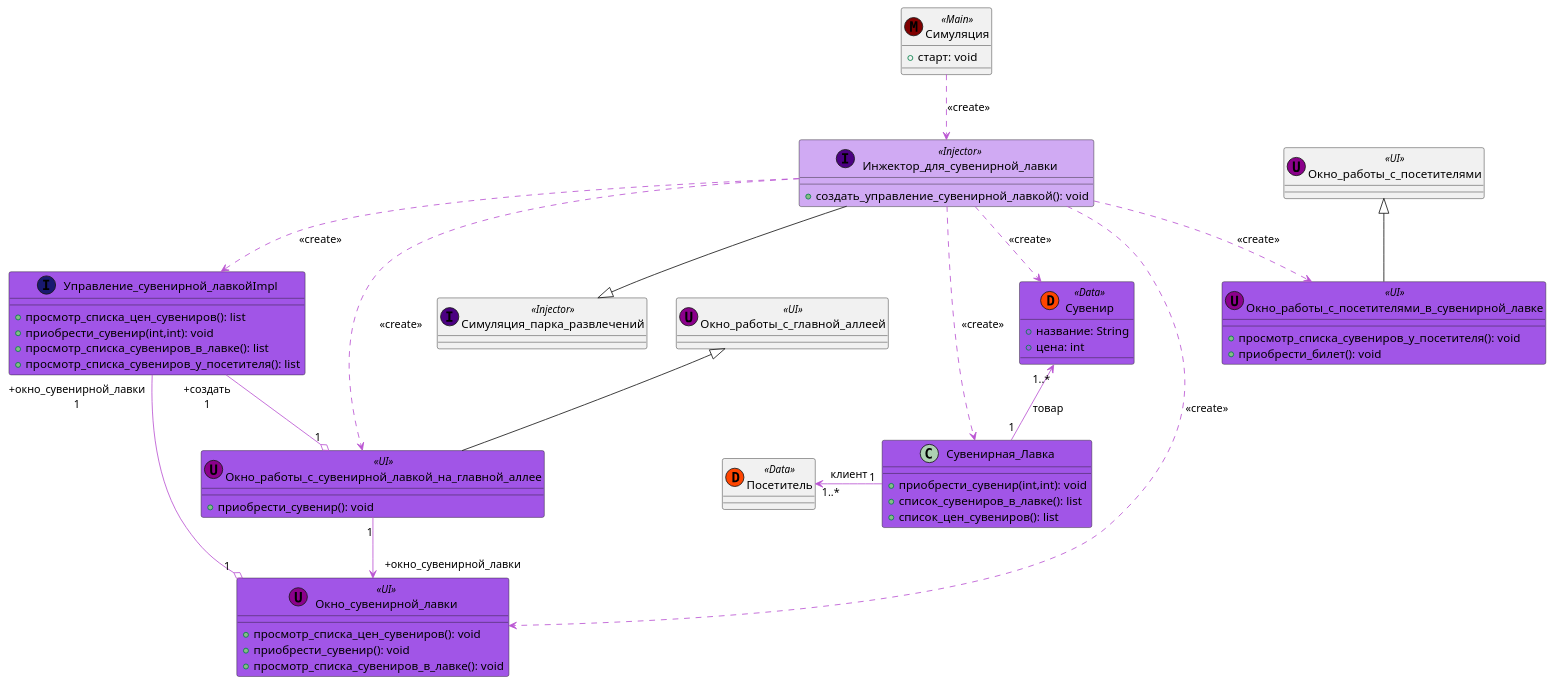
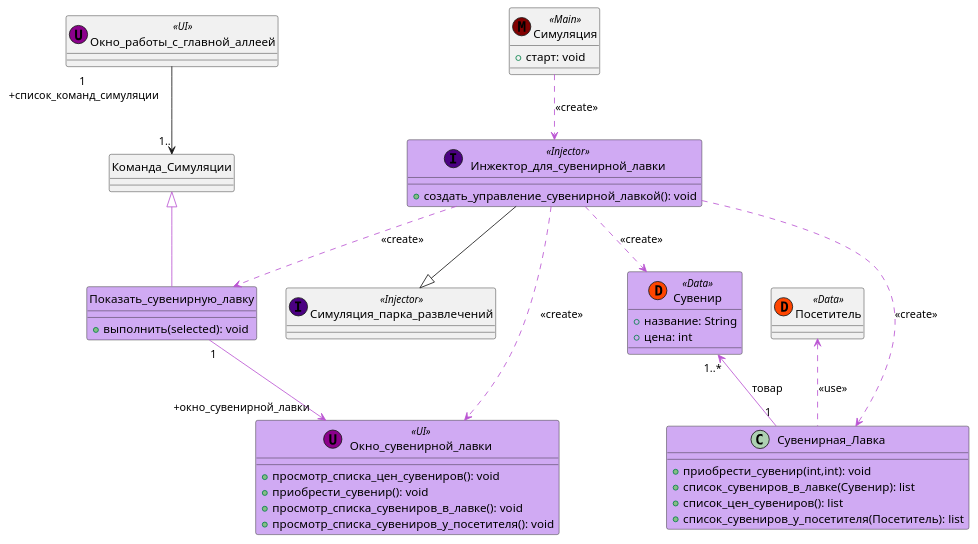
Before and after one commit to mzhirko/amusement-park: the diagram in description/diagrams/diagrams-ru/development-class/class-develop-souvenir-shop.wsd, drawn with PlantUML. The commit also changed 1 other file, not shown here.

Commit message:
Update souvenir shop diagram

```diff
--- a/description/diagrams/diagrams-ru/development-class/class-develop-souvenir-shop.wsd
+++ b/description/diagrams/diagrams-ru/development-class/class-develop-souvenir-shop.wsd
@@ -1,76 +1,64 @@
 @startuml
 Симуляция .[#MediumOrchid].> Инжектор_для_сувенирной_лавки: <<create>>
 Симуляция_парка_развлечений <|-up- Инжектор_для_сувенирной_лавки
-Инжектор_для_сувенирной_лавки .[#MediumOrchid].> Управление_сувенирной_лавкойImpl: <<create>>
 Инжектор_для_сувенирной_лавки .[#MediumOrchid].> Окно_сувенирной_лавки: <<create>>
 Инжектор_для_сувенирной_лавки .[#MediumOrchid].> Сувенирная_Лавка: <<create>>
 Инжектор_для_сувенирной_лавки .[#MediumOrchid].> Сувенир: <<create>>
 Сувенир "1..*" <-[#MediumOrchid]down- "1" Сувенирная_Лавка: товар
-Окно_работы_с_главной_аллеей <|-down- Окно_работы_с_сувенирной_лавкой_на_главной_аллее
-Окно_работы_с_сувенирной_лавкой_на_главной_аллее "1" -[#MediumOrchid]-> " +окно_сувенирной_лавки" Окно_сувенирной_лавки
-Управление_сувенирной_лавкойImpl " +окно_сувенирной_лавки\n 1" -[#MediumOrchid]-o "1" Окно_сувенирной_лавки
-Управление_сувенирной_лавкойImpl " +создать\n 1" -[#MediumOrchid]-o "1" Окно_работы_с_сувенирной_лавкой_на_главной_аллее
-Посетитель "1..*" <-[#MediumOrchid] "1" Сувенирная_Лавка: клиент
-Инжектор_для_сувенирной_лавки .[#MediumOrchid].> Окно_работы_с_посетителями_в_сувенирной_лавке: <<create>>
-Инжектор_для_сувенирной_лавки .[#MediumOrchid].> Окно_работы_с_сувенирной_лавкой_на_главной_аллее: <<create>>
-Окно_работы_с_посетителями <|-down- Окно_работы_с_посетителями_в_сувенирной_лавке
+Команда_Симуляции <|-[#MediumOrchid]down- Показать_сувенирную_лавку
+Окно_работы_с_главной_аллеей "1\n +список_команд_симуляции" -down-> "1.." Команда_Симуляции
+Показать_сувенирную_лавку "1" -[#MediumOrchid]-> " +окно_сувенирной_лавки" Окно_сувенирной_лавки
+Посетитель <.[#MediumOrchid]. Сувенирная_Лавка: <<use>>
+Инжектор_для_сувенирной_лавки .[#MediumOrchid].> Показать_сувенирную_лавку: <<create>>
 
 class Симуляция << (M,Maroon) Main >> {
 + старт: void
 }
 
 class Симуляция_парка_развлечений << (I,Indigo) Injector >> {
 }
 
 class Инжектор_для_сувенирной_лавки << (I,Indigo) Injector >> #D0AAF3 {
 + создать_управление_сувенирной_лавкой(): void
 }
 
 class Окно_сувенирной_лавки << (U,DarkMagenta) UI>> {
     + просмотр_списка_цен_сувениров(): void
     + приобрести_сувенир(): void
     + просмотр_списка_сувениров_в_лавке(): void
+    + просмотр_списка_сувениров_у_посетителя(): void
+
 }
 
-class Управление_сувенирной_лавкойImpl << (I,MidnightBlue) >> {
-    + просмотр_списка_цен_сувениров(): list
-    + приобрести_сувенир(int,int): void
-    + просмотр_списка_сувениров_в_лавке(): list
-    + просмотр_списка_сувениров_у_посетителя(): list
-}
-
-class Окно_работы_с_посетителями << (U,DarkMagenta) UI>> {
-}
-
-class Окно_работы_с_посетителями_в_сувенирной_лавке << (U,DarkMagenta) UI>> #A155E7{
-    + просмотр_списка_сувениров_у_посетителя(): void
-    + приобрести_билет(): void
-}
 
 class Посетитель << (D,OrangeRed) Data>> {
 }
 
-class Сувенир << (D,OrangeRed) Data>> #A155E7 {
+class Сувенир << (D,OrangeRed) Data>> #D0AAF3 {
     + название: String
     + цена: int
 }
 
-class Сувенирная_Лавка #A155E7 {
+class Сувенирная_Лавка #D0AAF3 {
     + приобрести_сувенир(int,int): void
-    + список_сувениров_в_лавке(): list
+    + список_сувениров_в_лавке(Сувенир): list
     + список_цен_сувениров(): list
+    + список_сувениров_у_посетителя(Посетитель): list
 }
 
 class Окно_работы_с_главной_аллеей << (U,DarkMagenta) UI>> {
 }
 
-class Окно_работы_с_сувенирной_лавкой_на_главной_аллее << (U,DarkMagenta) UI>> #A155E7 {
-    + приобрести_сувенир(): void
+class Показать_сувенирную_лавку #D0AAF3 {
++ выполнить(selected): void
+}
+hide Показать_сувенирную_лавку circle
+
+class Окно_сувенирной_лавки #D0AAF3 {
 }
 
-class Окно_сувенирной_лавки #A155E7 {
+class Команда_Симуляции {
 }
+hide Команда_Симуляции circle
 
-class Управление_сувенирной_лавкойImpl #A155E7 {
-}
 @enduml
```
